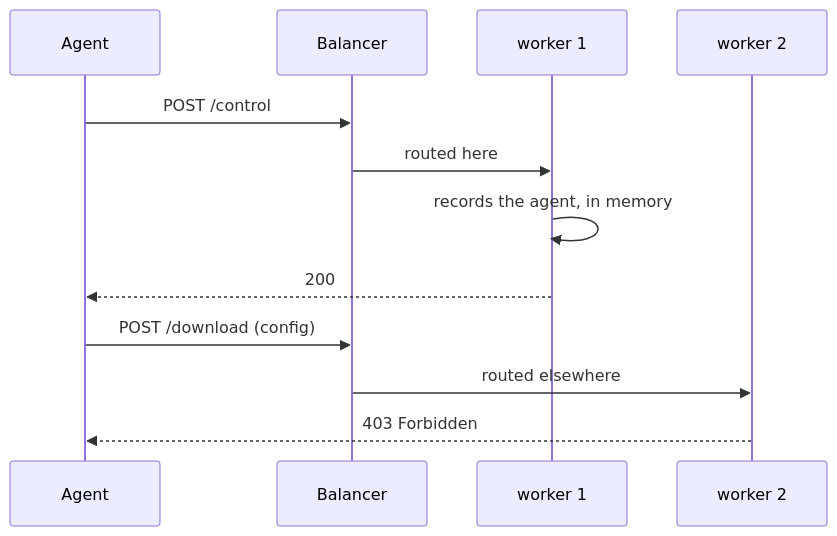
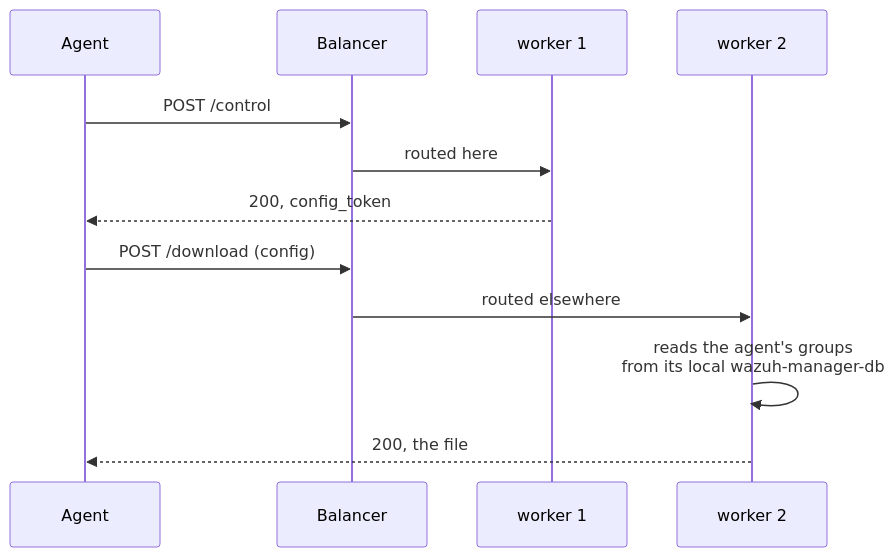
The seventh of 8 diagrams in docs/ref/modules/cluster/lb.md (wazuh/wazuh), drawn with Mermaid before and after one commit. The commit also changed other lines of this file and 2 other files, not shown here.

````diff
--- a/docs/ref/modules/cluster/lb.md
+++ b/docs/ref/modules/cluster/lb.md
@@ -290,14 +295,14 @@
 ```mermaid
 sequenceDiagram
     participant A as Agent
     participant LB as Balancer
     participant W1 as worker 1
     participant W2 as worker 2
     A->>LB: POST /control
     LB->>W1: routed here
-    W1->>W1: records the agent, in memory
-    W1-->>A: 200
+    W1-->>A: 200, config_token
     A->>LB: POST /download (config)
     LB->>W2: routed elsewhere
-    W2-->>A: 403 Forbidden
+    W2->>W2: reads the agent's groups<br/>from its local wazuh-manager-db
+    W2-->>A: 200, the file
 ```
````
